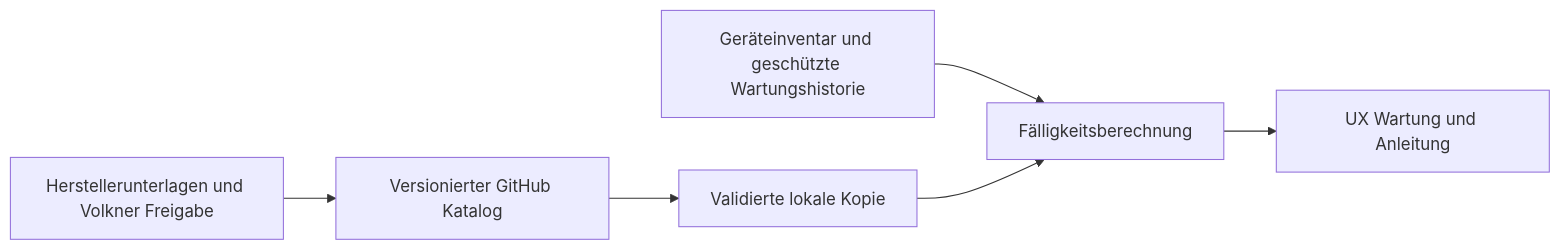
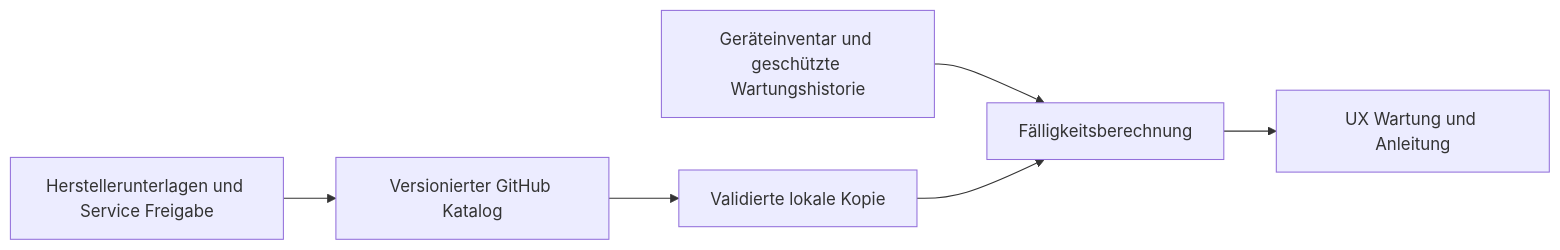
The diagram in README.md (realmxv/vehicle-maintenance), drawn with Mermaid before and after one commit. The commit also changed other lines of this file and 8 other files, not shown here.

````diff
--- a/README.md
+++ b/README.md
@@ -31,8 +31,8 @@
 ```mermaid
 flowchart LR
-  A[Herstellerunterlagen und Volkner Freigabe] --> B[Versionierter GitHub Katalog]
+  A[Herstellerunterlagen und Service Freigabe] --> B[Versionierter GitHub Katalog]
   B --> C[Validierte lokale Kopie]
   D[Geräteinventar und geschützte Wartungshistorie] --> E[Fälligkeitsberechnung]
   C --> E
   E --> F[UX Wartung und Anleitung]
 ```
````
